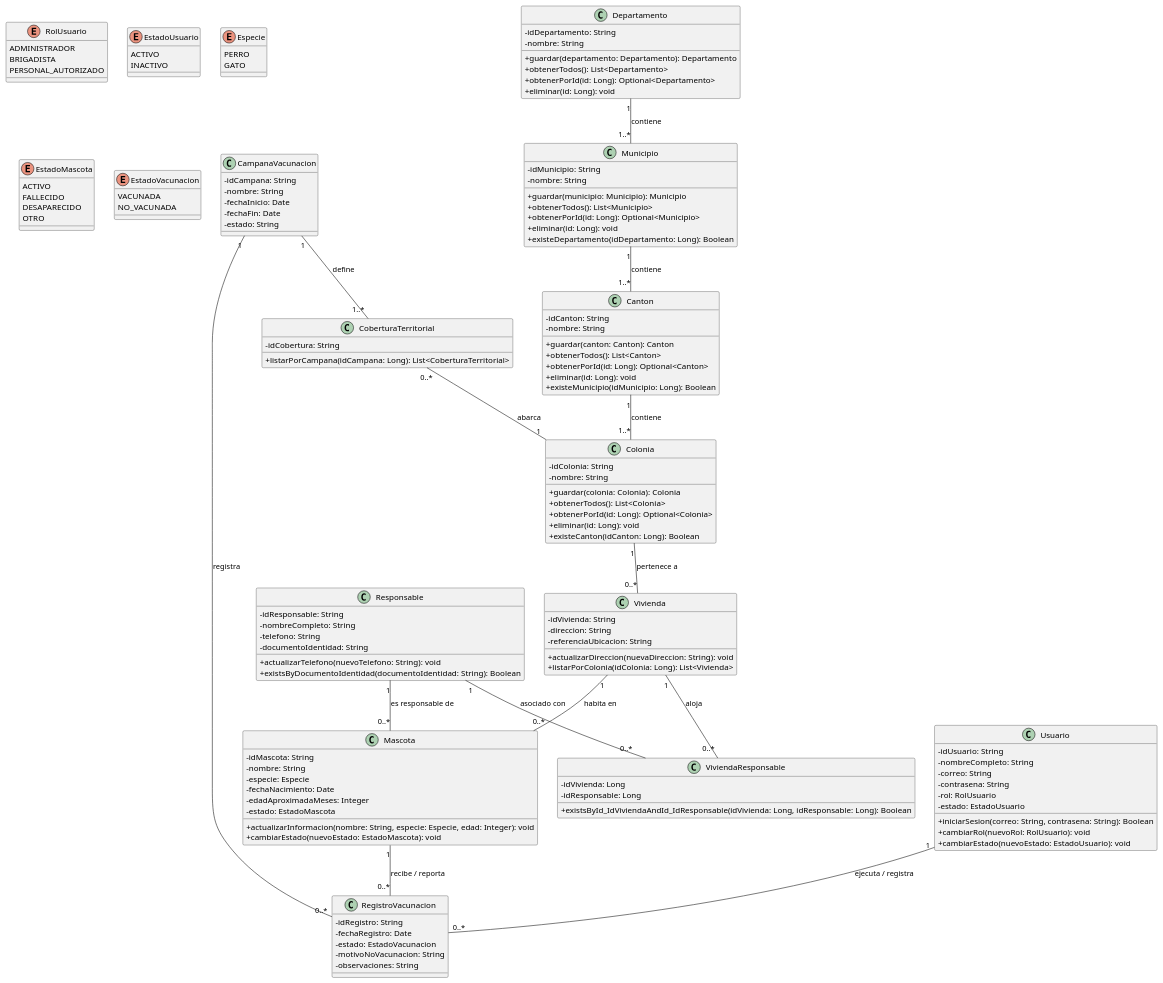
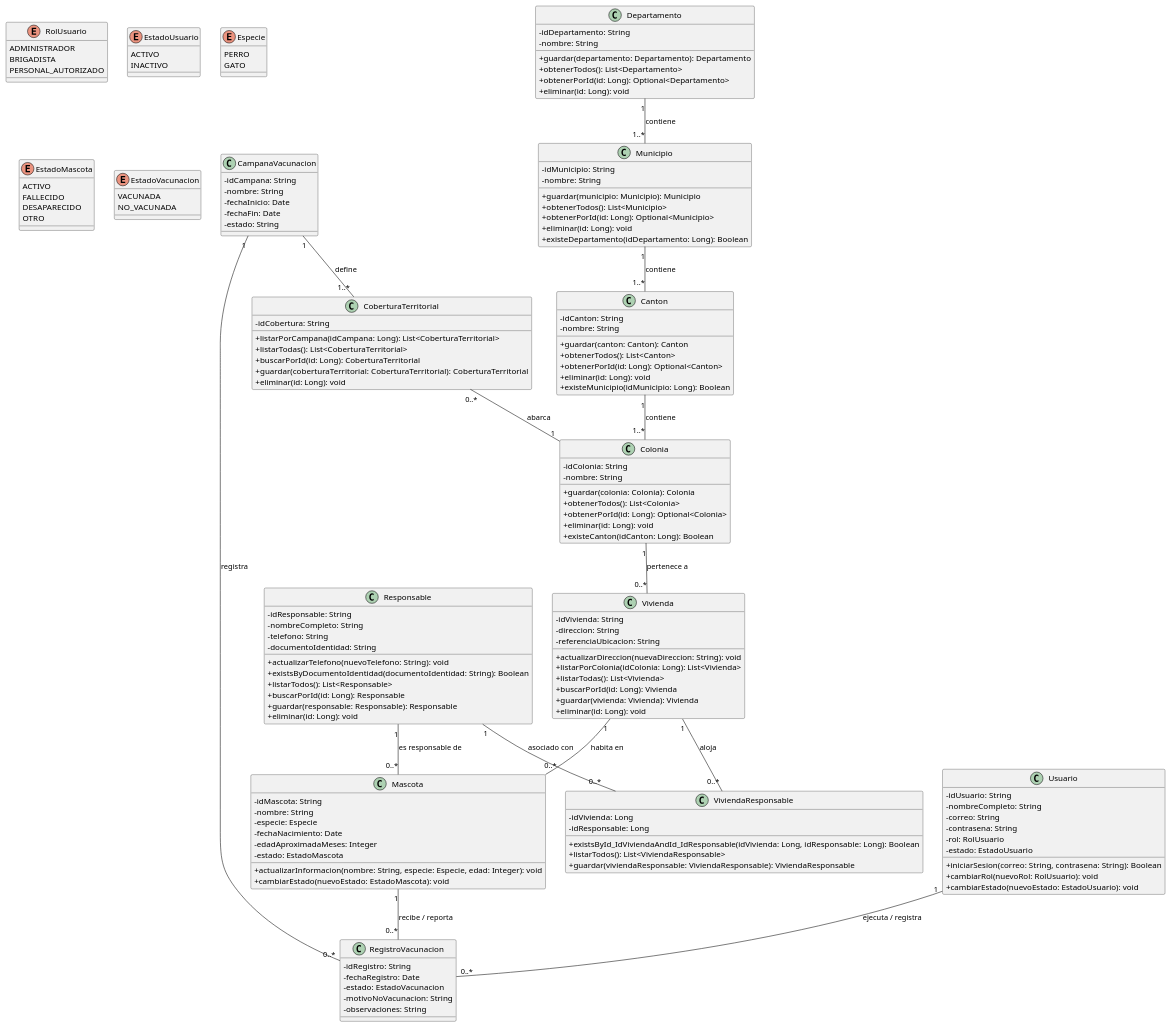
One commit to Alfredo2809/SISTEMA-DE-VACUNACION-ANIMAL changed the diagram in src/main/Diagramas/Clases.puml. Above: the diagram before and after it, drawn with PlantUML.

Commit message:
Brian Enrique Darcia: Actualizar Clases.puml - Se agregan metodos de servicio de Vivienda, Responsable, ViviendaResponsable y CoberturaTerritorial

```diff
--- a/src/main/Diagramas/Clases.puml
+++ b/src/main/Diagramas/Clases.puml
@@ -1,138 +1,152 @@
 @startuml
 skinparam classAttributeIconSize 0
 ' Enums (Valores en UPPER_SNAKE_CASE)
 enum RolUsuario {
   ADMINISTRADOR
   BRIGADISTA
   PERSONAL_AUTORIZADO
 }
 enum EstadoUsuario {
   ACTIVO
   INACTIVO
 }
 enum Especie {
   PERRO
   GATO
 }
 enum EstadoMascota {
   ACTIVO
   FALLECIDO
   DESAPARECIDO
   OTRO
 }
 ' Nuevo enumerador para clasificar el estado de la vacunación
 enum EstadoVacunacion {
   VACUNADA
   NO_VACUNADA
 }
 ' Clases Principales (UpperCamelCase)
 class CampanaVacunacion {
   - idCampana: String
   - nombre: String
   - fechaInicio: Date
   - fechaFin: Date
   - estado: String
 }
 class CoberturaTerritorial {
   - idCobertura: String
   + listarPorCampana(idCampana: Long): List<CoberturaTerritorial>
+  + listarTodas(): List<CoberturaTerritorial>
+  + buscarPorId(id: Long): CoberturaTerritorial
+  + guardar(coberturaTerritorial: CoberturaTerritorial): CoberturaTerritorial
+  + eliminar(id: Long): void
 }
 class Departamento {
   - idDepartamento: String
   - nombre: String
   + guardar(departamento: Departamento): Departamento
   + obtenerTodos(): List<Departamento>
   + obtenerPorId(id: Long): Optional<Departamento>
   + eliminar(id: Long): void
 }
 class Municipio {
   - idMunicipio: String
   - nombre: String
   + guardar(municipio: Municipio): Municipio
   + obtenerTodos(): List<Municipio>
   + obtenerPorId(id: Long): Optional<Municipio>
   + eliminar(id: Long): void
   + existeDepartamento(idDepartamento: Long): Boolean
 }
 class Canton {
   - idCanton: String
   - nombre: String
   + guardar(canton: Canton): Canton
   + obtenerTodos(): List<Canton>
   + obtenerPorId(id: Long): Optional<Canton>
   + eliminar(id: Long): void
   + existeMunicipio(idMunicipio: Long): Boolean
 }
 class Colonia {
   - idColonia: String
   - nombre: String
   + guardar(colonia: Colonia): Colonia
   + obtenerTodos(): List<Colonia>
   + obtenerPorId(id: Long): Optional<Colonia>
   + eliminar(id: Long): void
   + existeCanton(idCanton: Long): Boolean
 }
 class Vivienda {
   - idVivienda: String
   - direccion: String
   - referenciaUbicacion: String
   + actualizarDireccion(nuevaDireccion: String): void
   + listarPorColonia(idColonia: Long): List<Vivienda>
+  + listarTodas(): List<Vivienda>
+  + buscarPorId(id: Long): Vivienda
+  + guardar(vivienda: Vivienda): Vivienda
+  + eliminar(id: Long): void
 }
 class Responsable {
   - idResponsable: String
   - nombreCompleto: String
   - telefono: String
   - documentoIdentidad: String
   + actualizarTelefono(nuevoTelefono: String): void
   + existsByDocumentoIdentidad(documentoIdentidad: String): Boolean
+  + listarTodos(): List<Responsable>
+  + buscarPorId(id: Long): Responsable
+  + guardar(responsable: Responsable): Responsable
+  + eliminar(id: Long): void
 }
 class ViviendaResponsable {
   - idVivienda: Long
   - idResponsable: Long
   + existsById_IdViviendaAndId_IdResponsable(idVivienda: Long, idResponsable: Long): Boolean
+  + listarTodos(): List<ViviendaResponsable>
+  + guardar(viviendaResponsable: ViviendaResponsable): ViviendaResponsable
 }
 class Mascota {
   - idMascota: String
   - nombre: String
   - especie: Especie
   - fechaNacimiento: Date
   - edadAproximadaMeses: Integer
   - estado: EstadoMascota
   + actualizarInformacion(nombre: String, especie: Especie, edad: Integer): void
   + cambiarEstado(nuevoEstado: EstadoMascota): void
 }
 class Usuario {
   - idUsuario: String
   - nombreCompleto: String
   - correo: String
   - contrasena: String
   - rol: RolUsuario
   - estado: EstadoUsuario
   + iniciarSesion(correo: String, contrasena: String): Boolean
   + cambiarRol(nuevoRol: RolUsuario): void
   + cambiarEstado(nuevoEstado: EstadoUsuario): void
 }
 ' Clase unificada para los registros
 class RegistroVacunacion {
   - idRegistro: String
   - fechaRegistro: Date
   - estado: EstadoVacunacion
   - motivoNoVacunacion: String
   - observaciones: String
 }
 ' Relaciones y Jerarquías
 Departamento "1" -- "1..*" Municipio : contiene
 Municipio "1" -- "1..*" Canton : contiene
 Canton "1" -- "1..*" Colonia : contiene
 Colonia "1" -- "0..*" Vivienda : pertenece a
 Vivienda "1" -- "0..*" Mascota : habita en
 Responsable "1" -- "0..*" Mascota : es responsable de
 Responsable "1" -- "0..*" ViviendaResponsable : asociado con
 Vivienda "1" -- "0..*" ViviendaResponsable : aloja
 CampanaVacunacion "1" -- "1..*" CoberturaTerritorial : define
 CoberturaTerritorial "0..*" -- "1" Colonia : abarca
 Usuario "1" -- "0..*" RegistroVacunacion : ejecuta / registra
 CampanaVacunacion "1" -- "0..*" RegistroVacunacion : registra
 Mascota "1" -- "0..*" RegistroVacunacion : recibe / reporta
 @enduml
```
